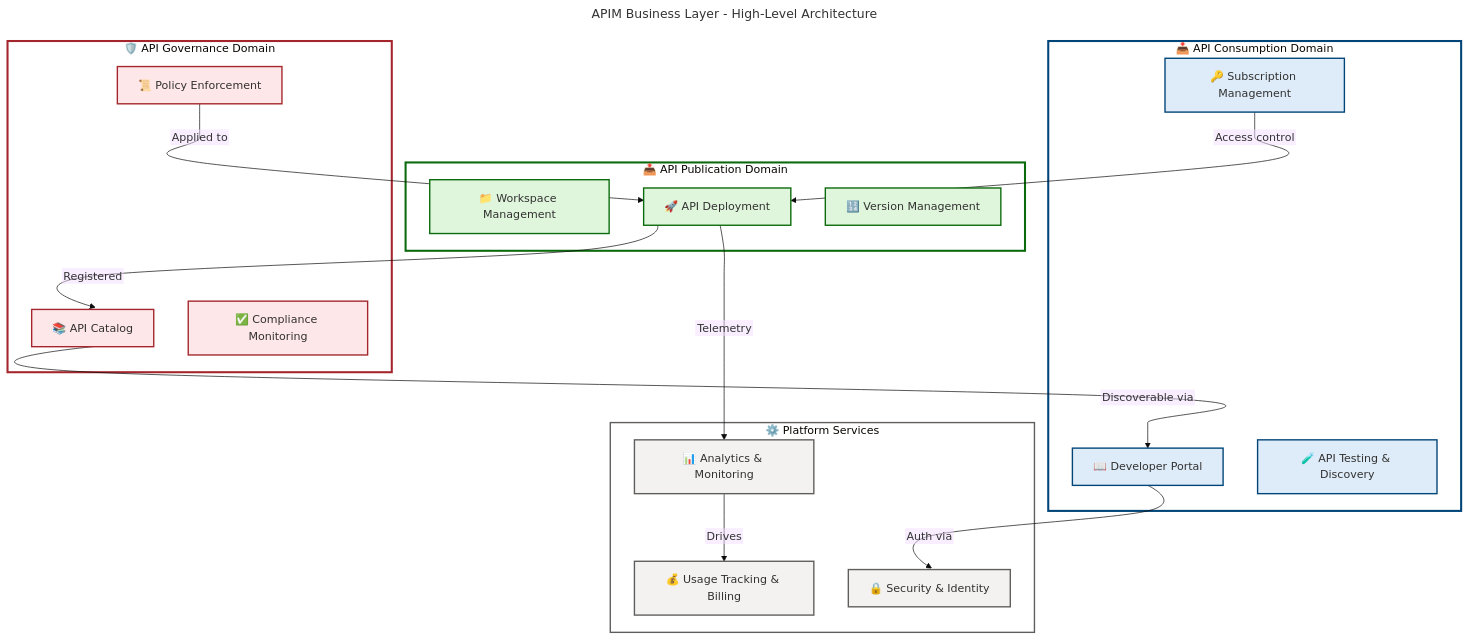
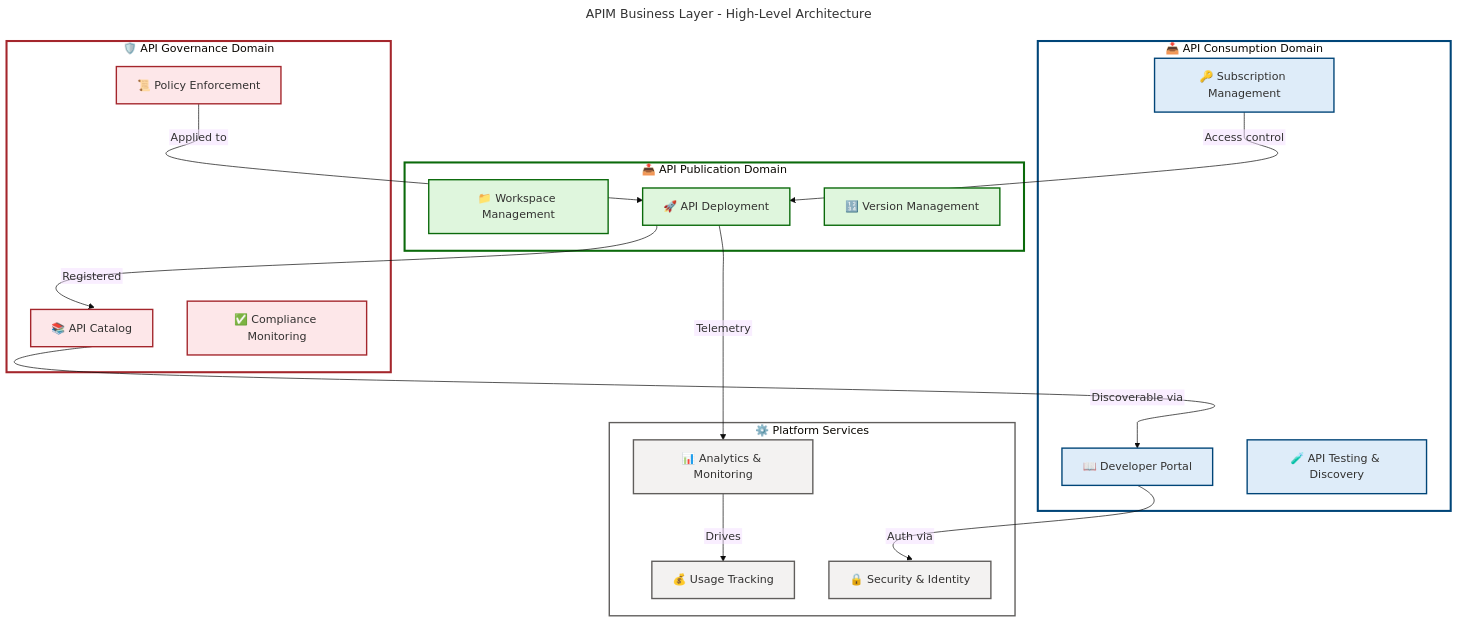
One commit to Evilazaro/APIM-Accelerator changed the first of 3 diagrams in docs/architecture/bdat-business-layer.md. Above: the diagram before and after it, drawn with Mermaid. The commit also changed other lines of this file, not shown here.

Commit message:
Enhance BDAT Business Layer architecture documentation with detailed flowcharts and improved descriptions for clarity and accessibility

```diff
--- a/docs/architecture/bdat-business-layer.md
+++ b/docs/architecture/bdat-business-layer.md
@@ -66,11 +66,31 @@
     curve: cardinal
 ---
 flowchart TB
-    accTitle: APIM Business Layer High-Level Architecture
-    accDescr: Business capabilities organized into API Publication, API Consumption, and API Governance domains with supporting platform services
+    accTitle: APIM Business Layer - High-Level Architecture
+    accDescr: Business capabilities organized into API Publication, API Consumption, API Governance domains and Platform Services with cross-domain data flows and relationships
 
     %% ═══════════════════════════════════════════════════════════════════════════
     %% AZURE / FLUENT ARCHITECTURE PATTERN v1.1
+    %% (Semantic + Structural + Font + Accessibility Governance)
+    %% ═══════════════════════════════════════════════════════════════════════════
+    %% PHASE 1 - STRUCTURAL: TB direction explicit, 1-level nesting, 4 subgraphs, 12 nodes
+    %%   Topology: Publication (3 nodes) + Consumption (3 nodes) + Governance (3 nodes) + Platform (3 nodes)
+    %%   Direction: Top-to-bottom showing domain separation and integration points
+    %% PHASE 2 - SEMANTIC: 4 colors (azureGreen, azureBlue, azureOrange, neutralGrey) within 5 limit
+    %%   azureGreen: Publication domain (API deployment and management)
+    %%   azureBlue: Consumption domain (developer experience)
+    %%   azureOrange: Governance domain (compliance and policies)
+    %%   neutralGrey: Platform services (shared infrastructure)
+    %% PHASE 3 - FONT: Dark text #323130 on light backgrounds ensuring WCAG AA (4.5:1)
+    %%   azureGreen #323130 on #DFF6DD (5.1:1 contrast)
+    %%   azureBlue #323130 on #DEECF9 (6.4:1 contrast)
+    %%   azureOrange #323130 on #FDE7E9 (5.2:1 contrast)
+    %%   neutralGrey #323130 on #F3F2F1 (4.8:1 contrast)
+    %% PHASE 4 - ACCESSIBILITY: accTitle/accDescr present, icons on all 12 content nodes
+    %%   Screen reader context with domain descriptions and node icons for semantic clarity
+    %% PHASE 5 - STANDARD: v1.1 format, 4 subgraphs with style directives, 4 classDefs centralized
+    %%   Subgraph fills: #FFFFFF (neutral) with semantic stroke colors per domain
+    %%   Node fills: 100-level colors for optimal readability and WCAG compliance
     %% ═══════════════════════════════════════════════════════════════════════════
 
     %% Business Domains
@@ -95,7 +115,7 @@
     subgraph platform["⚙️ Platform Services"]
         PLAT_MON["📊 Analytics & Monitoring"]:::neutralGrey
         PLAT_SEC["🔒 Security & Identity"]:::neutralGrey
-        PLAT_BILL["💰 Usage Tracking & Billing"]:::neutralGrey
+        PLAT_BILL["💰 Usage Tracking"]:::neutralGrey
     end
 
     %% Cross-domain relationships
@@ -113,7 +133,7 @@
     classDef azureOrange fill:#FDE7E9,stroke:#A4262C,stroke-width:2px,color:#323130
     classDef neutralGrey fill:#F3F2F1,stroke:#605E5C,stroke-width:2px,color:#323130
 
-    %% Subgraph styling
+    %% Subgraph styling (4 subgraphs = 4 style directives)
     style publication fill:#FFFFFF,stroke:#0B6A0B,stroke-width:3px
     style consumption fill:#FFFFFF,stroke:#004578,stroke-width:3px
     style governance fill:#FFFFFF,stroke:#A4262C,stroke-width:3px
```
